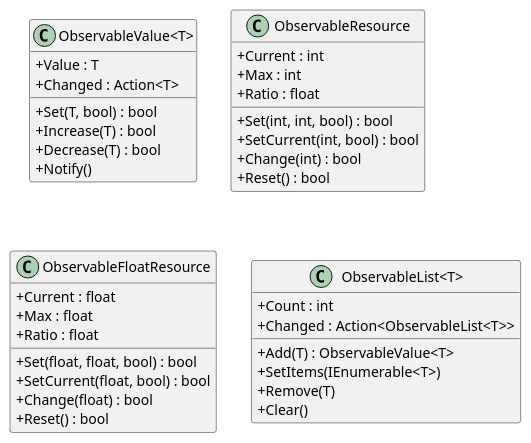
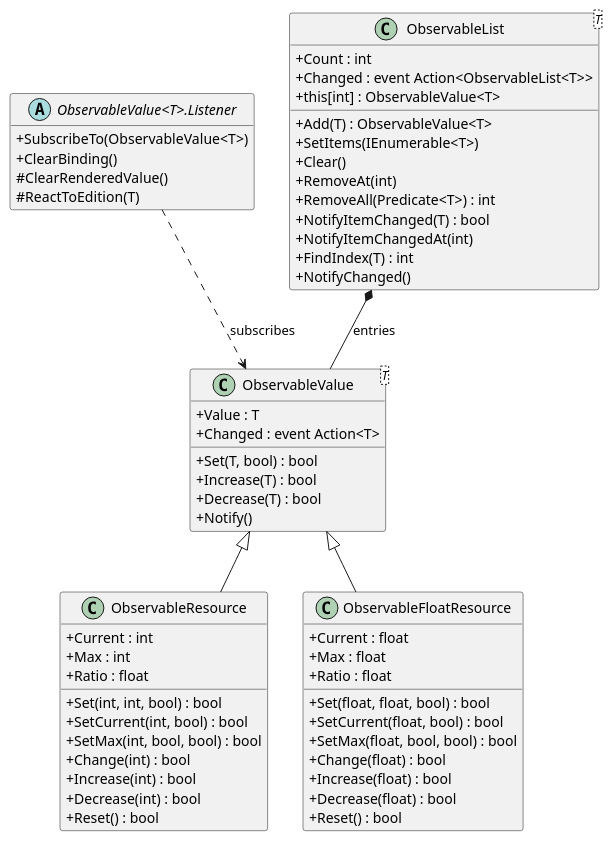
The diagram in Architecture/diagrams/00_observables.puml (EreliaStudio/Erelia), drawn with PlantUML before and after one commit. The commit also changed 187 other files, not shown here.

```diff
--- a/Architecture/diagrams/00_observables.puml
+++ b/Architecture/diagrams/00_observables.puml
@@ -1,44 +1,69 @@
 @startuml Observable System
 
 skinparam classAttributeIconSize 0
+skinparam shadowing false
 hide empty members
 
-class "ObservableValue<T>" {
+class "ObservableValue<T>" as ObservableValueT {
   +Value : T
-  +Changed : Action<T>
+  +Changed : event Action<T>
   +Set(T, bool) : bool
   +Increase(T) : bool
   +Decrease(T) : bool
   +Notify()
+}
+
+abstract class "ObservableValue<T>.Listener" as ObservableValueListener {
+  +SubscribeTo(ObservableValue<T>)
+  +ClearBinding()
+  #ClearRenderedValue()
+  #ReactToEdition(T)
 }
 
 class ObservableResource {
   +Current : int
   +Max : int
   +Ratio : float
   +Set(int, int, bool) : bool
   +SetCurrent(int, bool) : bool
+  +SetMax(int, bool, bool) : bool
   +Change(int) : bool
+  +Increase(int) : bool
+  +Decrease(int) : bool
   +Reset() : bool
 }
 
 class ObservableFloatResource {
   +Current : float
   +Max : float
   +Ratio : float
   +Set(float, float, bool) : bool
   +SetCurrent(float, bool) : bool
+  +SetMax(float, bool, bool) : bool
   +Change(float) : bool
+  +Increase(float) : bool
+  +Decrease(float) : bool
   +Reset() : bool
 }
 
-class "ObservableList<T>" {
+class "ObservableList<T>" as ObservableListT {
   +Count : int
-  +Changed : Action<ObservableList<T>>
+  +Changed : event Action<ObservableList<T>>
+  +this[int] : ObservableValue<T>
   +Add(T) : ObservableValue<T>
   +SetItems(IEnumerable<T>)
-  +Remove(T)
   +Clear()
+  +RemoveAt(int)
+  +RemoveAll(Predicate<T>) : int
+  +NotifyItemChanged(T) : bool
+  +NotifyItemChangedAt(int)
+  +FindIndex(T) : int
+  +NotifyChanged()
 }
 
+ObservableValueT <|-- ObservableResource
+ObservableValueT <|-- ObservableFloatResource
+ObservableValueListener ..> ObservableValueT : subscribes
+ObservableListT *-- ObservableValueT : entries
+
 @enduml
```
